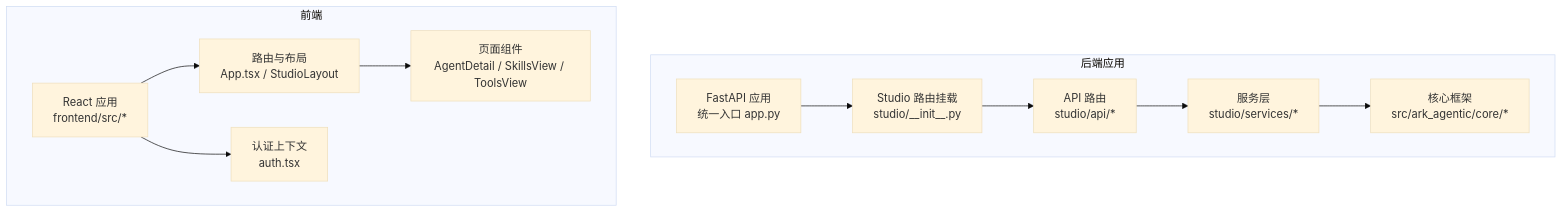
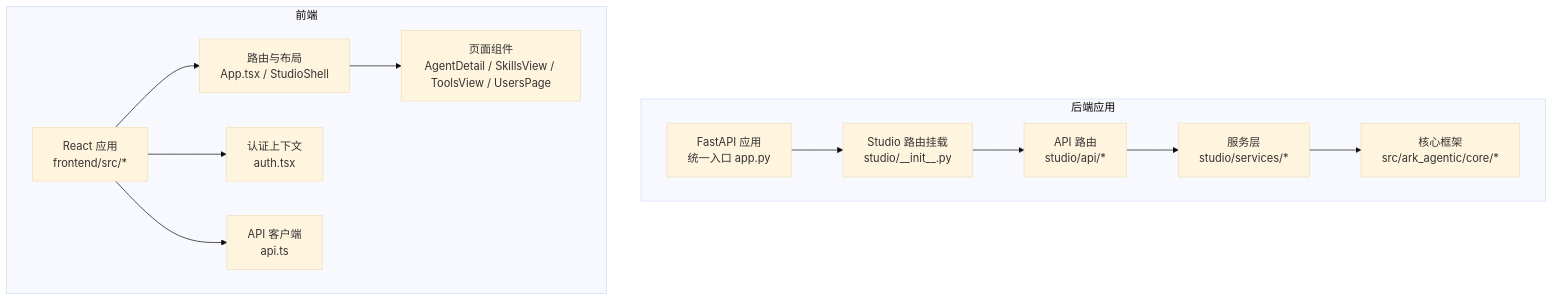
One commit to YU-JI-KUI/ark-agentic changed the first of 9 diagrams in repowiki/zh/content/Studio 开发工具/Studio 开发工具.md. Above: the diagram before and after it, drawn with Mermaid (base theme). The commit also changed other lines of this file and 9 other files, not shown here.

````diff
--- a/repowiki/zh/content/Studio 开发工具/Studio 开发工具.md
+++ b/repowiki/zh/content/Studio 开发工具/Studio 开发工具.md
@@ -47,20 +53,22 @@
 ```mermaid
 graph TB
 subgraph "后端应用"
 A["FastAPI 应用<br/>统一入口 app.py"]
 B["Studio 路由挂载<br/>studio/__init__.py"]
 C["API 路由<br/>studio/api/*"]
 D["服务层<br/>studio/services/*"]
 E["核心框架<br/>src/ark_agentic/core/*"]
 end
 subgraph "前端"
 F["React 应用<br/>frontend/src/*"]
-G["路由与布局<br/>App.tsx / StudioLayout"]
-H["页面组件<br/>AgentDetail / SkillsView / ToolsView"]
+G["路由与布局<br/>App.tsx / StudioShell"]
+H["页面组件<br/>AgentDetail / SkillsView / ToolsView / UsersPage"]
 I["认证上下文<br/>auth.tsx"]
+J["API 客户端<br/>api.ts"]
 end
 A --> B --> C --> D
 D --> E
 F --> G --> H
 F --> I
+F --> J
 ```
````
